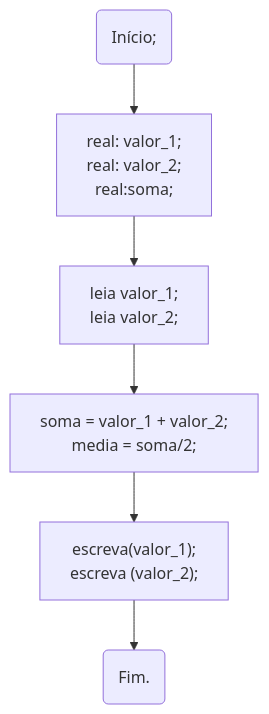
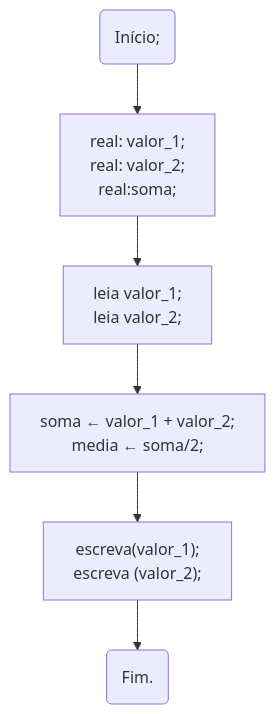
The first of 2 diagrams in docs/02-Basicos/08-Representacao_de_algoritmos copy.md (darlonv/algoritmos), drawn with Mermaid before and after one commit. The commit also changed other lines of this file and 1 other file, not shown here.

Commit message:
corrections

````diff
--- a/docs/02-Basicos/08-Representacao_de_algoritmos copy.md
+++ b/docs/02-Basicos/08-Representacao_de_algoritmos copy.md
@@ -46,25 +46,25 @@
 ```mermaid
 flowchart TD
     inicio("
         Início;
         ")
     variaveis["
         real: valor_1;
         real: valor_2;
         real:soma;
         "]
 
     entrada["
         leia valor_1;
         leia valor_2;
         "]
     calculo["
-        soma = valor_1 + valor_2;
-        media = soma/2;
+        soma ← valor_1 + valor_2;
+        media ← soma/2;
         "]
     saida["
         escreva(valor_1);
         escreva (valor_2);"]
     fim(Fim.)
     inicio --> variaveis --> entrada --> calculo --> saida --> fim
 ```
````
